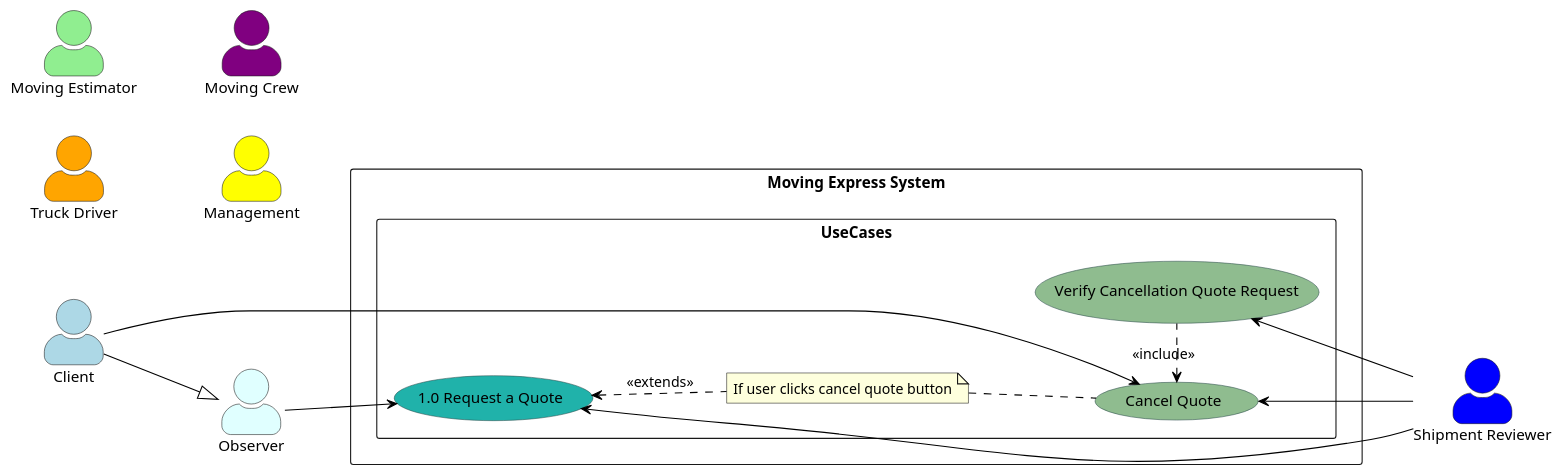
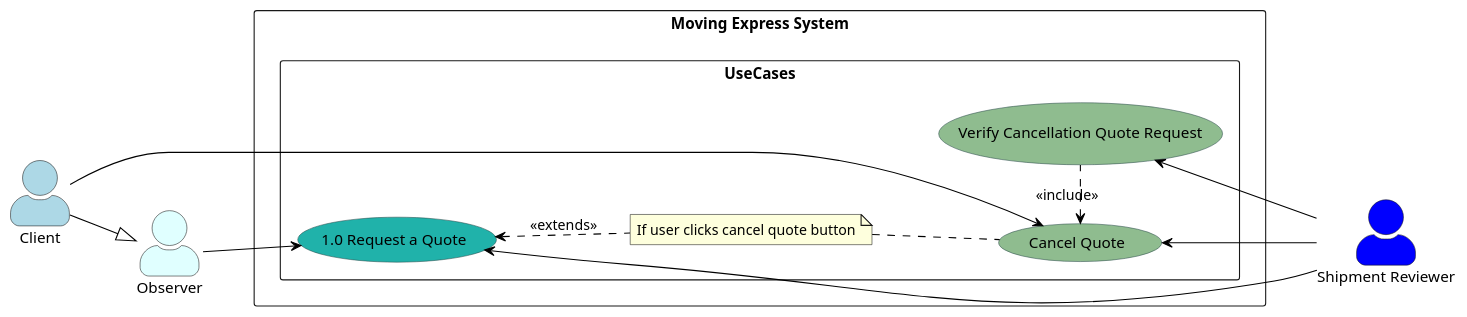
One commit to nic5694/MovingExpress changed the diagram in Diagrams/UseCaseDiagrams/LoweLevel/UC1.puml. Above: the diagram before and after it, drawn with PlantUML. The commit also changed 3 other files, not shown here.

Commit message:
Removed unused actors in low-level use case diagrams

```diff
--- a/Diagrams/UseCaseDiagrams/LoweLevel/UC1.puml
+++ b/Diagrams/UseCaseDiagrams/LoweLevel/UC1.puml
@@ -1,47 +1,43 @@
 @startuml
 
 left to right direction
 skinparam actorStyle awesome
 
 skinparam usecase {
     BackgroundColor DarkSeaGreen
     BorderColor DarkSlateGray
     ArrowColor Black
     ActorBorderColor black
     ActorFontName Courier
     ActorBackgroundColor<< Human >> Gold
 }
 
 actor Client as "Client" #LightBlue
-actor "Moving Estimator" as MovingEstimator #LightGreen
-actor "Truck Driver" as VanDriver #Orange
-actor "Moving Crew" as MovingCrew #Purple
-actor Management as "Management" #Yellow
 actor "Shipment Reviewer" as ShipmentReviewer #Blue
 actor "Observer" as Observer #LightCyan
 
 rectangle "Moving Express System" {
     rectangle UseCases {
       usecase "1.0 Request a Quote" as UC1 #LightSeaGreen
       usecase "Cancel Quote" as UC1_1
       usecase "Verify Cancellation Quote Request" as UC1_2
 
       note "If user clicks cancel quote button" as N1
     }
 }
 
 UC1_1 <. UC1_2 : <<include>>
 
 Client --|> Observer
 Client --> UC1_1
 
 Observer --> UC1
 
 UC1_1 <-- ShipmentReviewer
 UC1_2 <-- ShipmentReviewer
 UC1 <-- ShipmentReviewer
 
 UC1 <.. N1 : <<extends>>
 N1 .. (UC1_1)
 
 @enduml
```
